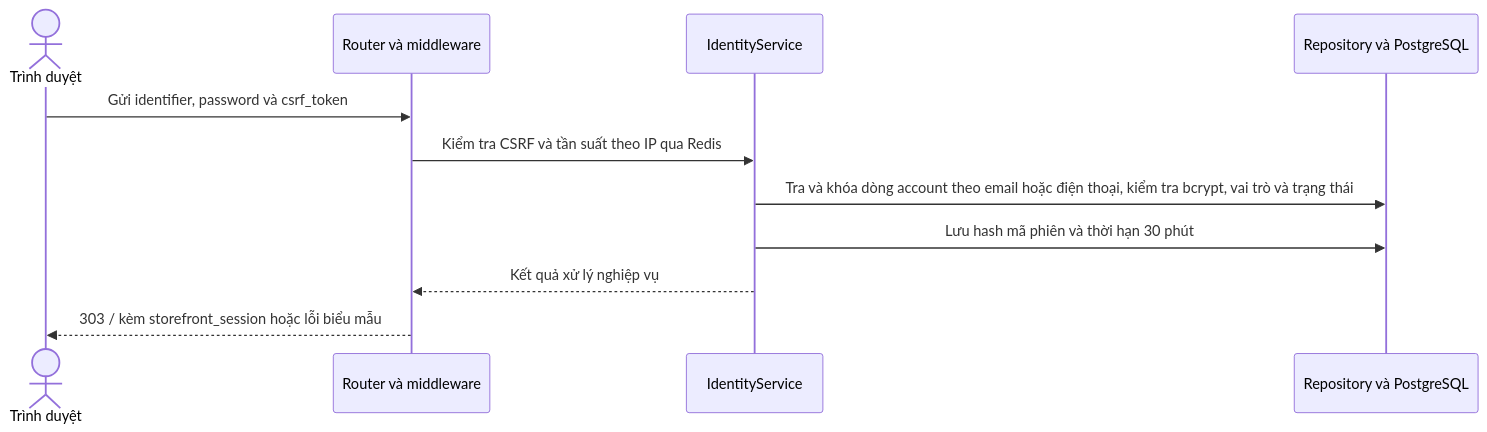
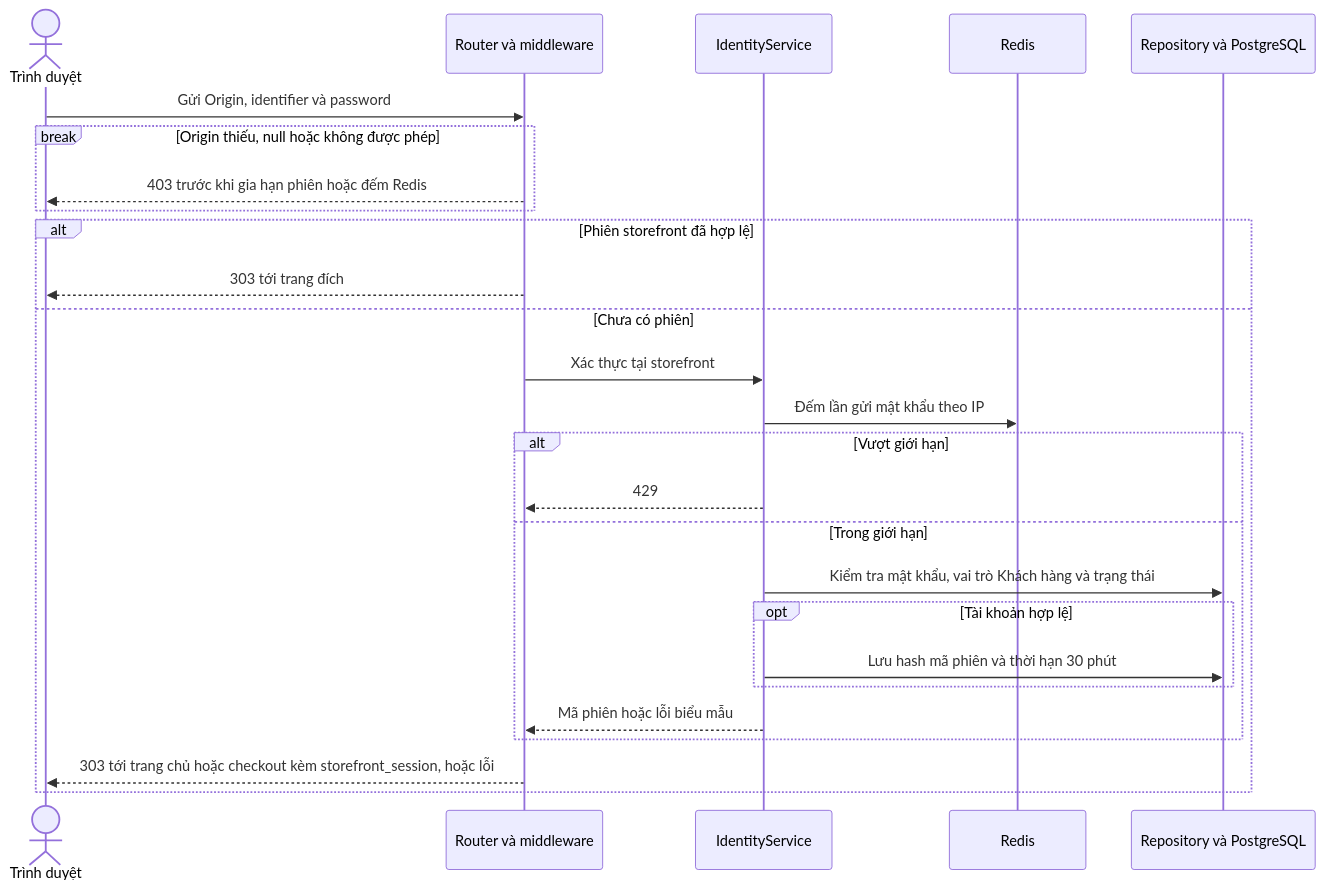
The diagram in docs/sequence/identity/post-login.md (thanhklt/sobie-swimwear-e-commerce), drawn with Mermaid before and after one commit. The commit also changed other lines of this file and 72 other files, not shown here.

````diff
--- a/docs/sequence/identity/post-login.md
+++ b/docs/sequence/identity/post-login.md
@@ -5,13 +5,28 @@
 ```mermaid
 sequenceDiagram
     actor Browser as Trình duyệt
     participant Route as Router và middleware
     participant Service as IdentityService
+    participant Redis
     participant Data as Repository và PostgreSQL
-    Browser->>Route: Gửi identifier, password và csrf_token
-    Route->>Service: Kiểm tra CSRF và tần suất theo IP qua Redis
-    Service->>Data: Tra và khóa dòng account theo email hoặc điện thoại, kiểm tra bcrypt, vai trò và trạng thái
-    Service->>Data: Lưu hash mã phiên và thời hạn 30 phút
-    Service-->>Route: Kết quả xử lý nghiệp vụ
-    Route-->>Browser: 303 / kèm storefront_session hoặc lỗi biểu mẫu
+    Browser->>Route: Gửi Origin, identifier và password
+    break Origin thiếu, null hoặc không được phép
+        Route-->>Browser: 403 trước khi gia hạn phiên hoặc đếm Redis
+    end
+    alt Phiên storefront đã hợp lệ
+        Route-->>Browser: 303 tới trang đích
+    else Chưa có phiên
+        Route->>Service: Xác thực tại storefront
+        Service->>Redis: Đếm lần gửi mật khẩu theo IP
+        alt Vượt giới hạn
+            Service-->>Route: 429
+        else Trong giới hạn
+            Service->>Data: Kiểm tra mật khẩu, vai trò Khách hàng và trạng thái
+            opt Tài khoản hợp lệ
+                Service->>Data: Lưu hash mã phiên và thời hạn 30 phút
+            end
+            Service-->>Route: Mã phiên hoặc lỗi biểu mẫu
+        end
+        Route-->>Browser: 303 tới trang chủ hoặc checkout kèm storefront_session, hoặc lỗi
+    end
 ```
````
